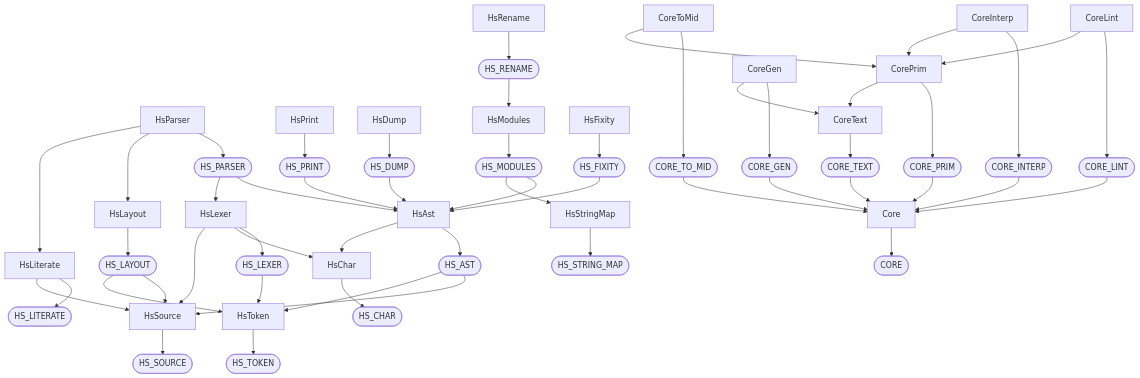
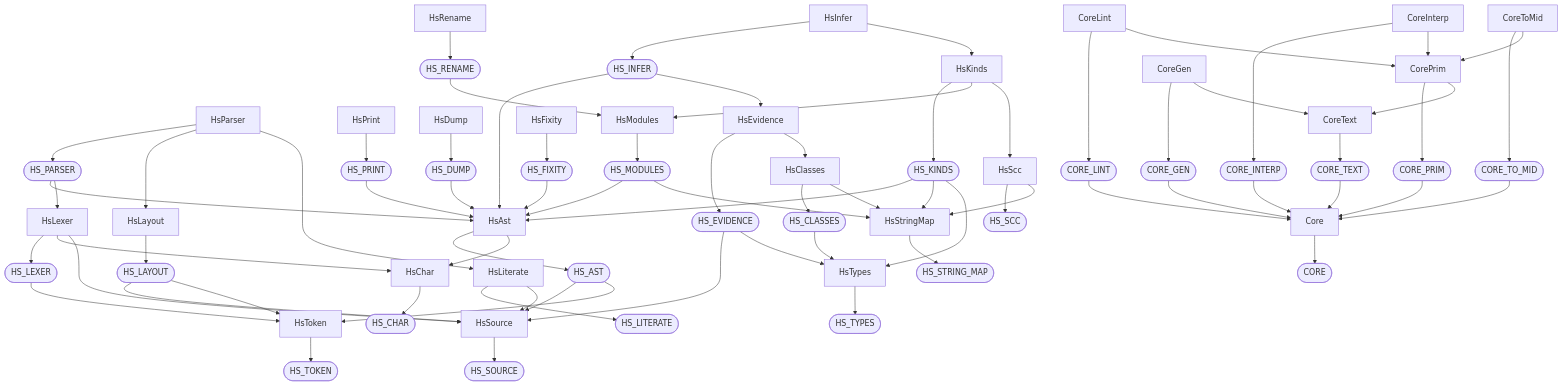
One commit to ruudkoot/rune changed the second of 2 diagrams in docs/lib/language/haskell/depends.md. Above: the diagram before and after it, drawn with Mermaid. The commit also changed other lines of this file and 90 other files, not shown here.

Commit message:
Check Haskell 98's kinds, types and classes over each cycle of modules, joined, with evidence by node and D30's two readings of default and Rule 2 (haskell98 M13)

````diff
--- a/docs/lib/language/haskell/depends.md
+++ b/docs/lib/language/haskell/depends.md
@@ -58,20 +58,32 @@
   n25["HsFixity"]
   n26(["HS_RENAME"])
   n27["HsRename"]
-  n28(["CORE"])
-  n29["Core"]
-  n30(["CORE_TEXT"])
-  n31["CoreText"]
-  n32(["CORE_PRIM"])
-  n33["CorePrim"]
-  n34(["CORE_LINT"])
-  n35["CoreLint"]
-  n36(["CORE_INTERP"])
-  n37["CoreInterp"]
-  n38(["CORE_GEN"])
-  n39["CoreGen"]
-  n40(["CORE_TO_MID"])
-  n41["CoreToMid"]
+  n28(["HS_SCC"])
+  n29["HsScc"]
+  n30(["HS_TYPES"])
+  n31["HsTypes"]
+  n32(["HS_CLASSES"])
+  n33["HsClasses"]
+  n34(["HS_EVIDENCE"])
+  n35["HsEvidence"]
+  n36(["HS_KINDS"])
+  n37["HsKinds"]
+  n38(["HS_INFER"])
+  n39["HsInfer"]
+  n40(["CORE"])
+  n41["Core"]
+  n42(["CORE_TEXT"])
+  n43["CoreText"]
+  n44(["CORE_PRIM"])
+  n45["CorePrim"]
+  n46(["CORE_LINT"])
+  n47["CoreLint"]
+  n48(["CORE_INTERP"])
+  n49["CoreInterp"]
+  n50(["CORE_GEN"])
+  n51["CoreGen"]
+  n52(["CORE_TO_MID"])
+  n53["CoreToMid"]
   n1 --> n0
   n3 --> n2
   n5 --> n4
@@ -106,21 +118,41 @@
   n26 --> n23
   n27 --> n26
   n29 --> n28
-  n30 --> n29
+  n29 --> n21
   n31 --> n30
-  n32 --> n29
+  n32 --> n31
   n33 --> n32
-  n33 --> n31
-  n34 --> n29
+  n33 --> n21
+  n34 --> n1
+  n34 --> n31
   n35 --> n34
   n35 --> n33
-  n36 --> n29
+  n36 --> n13
+  n36 --> n21
+  n36 --> n31
   n37 --> n36
-  n37 --> n33
-  n38 --> n29
+  n37 --> n23
+  n37 --> n29
+  n38 --> n13
+  n38 --> n35
   n39 --> n38
-  n39 --> n31
-  n40 --> n29
+  n39 --> n37
   n41 --> n40
-  n41 --> n33
+  n42 --> n41
+  n43 --> n42
+  n44 --> n41
+  n45 --> n44
+  n45 --> n43
+  n46 --> n41
+  n47 --> n46
+  n47 --> n45
+  n48 --> n41
+  n49 --> n48
+  n49 --> n45
+  n50 --> n41
+  n51 --> n50
+  n51 --> n43
+  n52 --> n41
+  n53 --> n52
+  n53 --> n45
 ```
````
